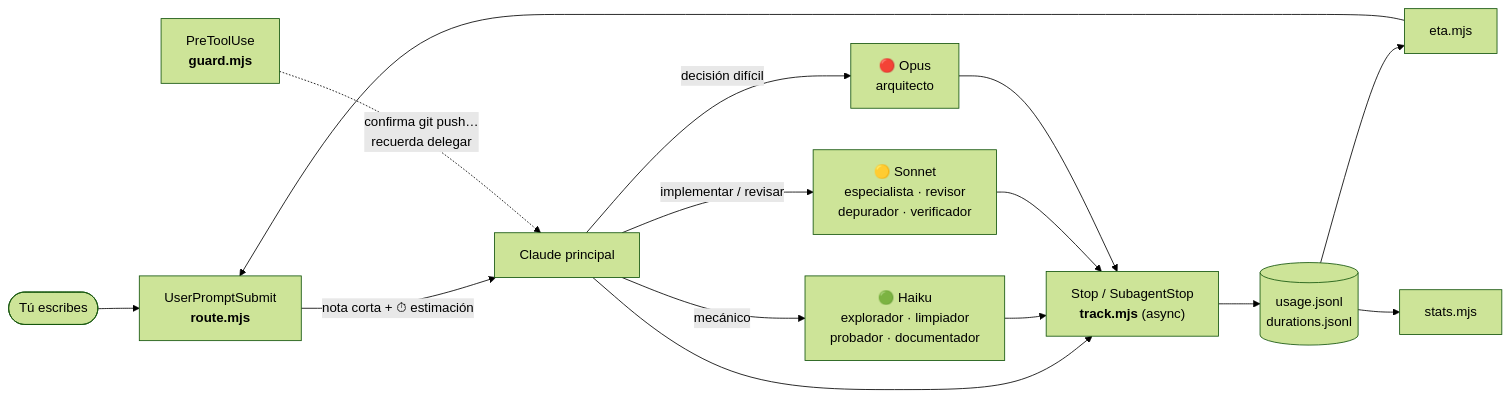
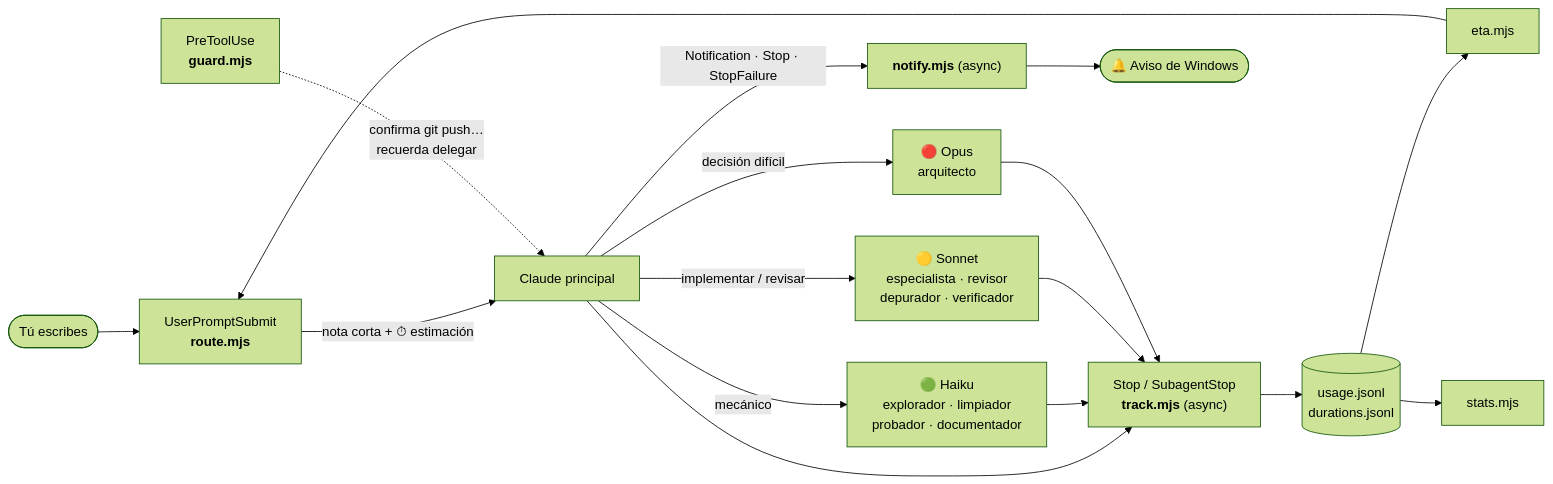
One commit to Ivankirito22/ClaudeOP changed the diagram in README.md. Above: the diagram before and after it, drawn with Mermaid (forest theme). The commit also changed other lines of this file and 7 other files, not shown here.

````diff
--- a/README.md
+++ b/README.md
@@ -226,17 +288,19 @@
 ```mermaid
 flowchart LR
   U([Tú escribes]) --> R["UserPromptSubmit<br/><b>route.mjs</b>"]
   R -- "nota corta + ⏱ estimación" --> C["Claude principal"]
   C -- "mecánico" --> H["🟢 Haiku<br/>explorador · limpiador<br/>probador · documentador"]
   C -- "implementar / revisar" --> S["🟡 Sonnet<br/>especialista · revisor<br/>depurador · verificador"]
   C -- "decisión difícil" --> O["🔴 Opus<br/>arquitecto"]
   G["PreToolUse<br/><b>guard.mjs</b>"] -. "confirma git push…<br/>recuerda delegar" .-> C
   C --> T["Stop / SubagentStop<br/><b>track.mjs</b> (async)"]
   H --> T
   S --> T
   O --> T
   T --> L[("usage.jsonl<br/>durations.jsonl")]
   L --> E["eta.mjs"]
   E --> R
   L --> ST["stats.mjs"]
+  C -- "Notification · Stop · StopFailure" --> N["<b>notify.mjs</b> (async)"]
+  N --> W(["🔔 Aviso de Windows"])
 ```
````
